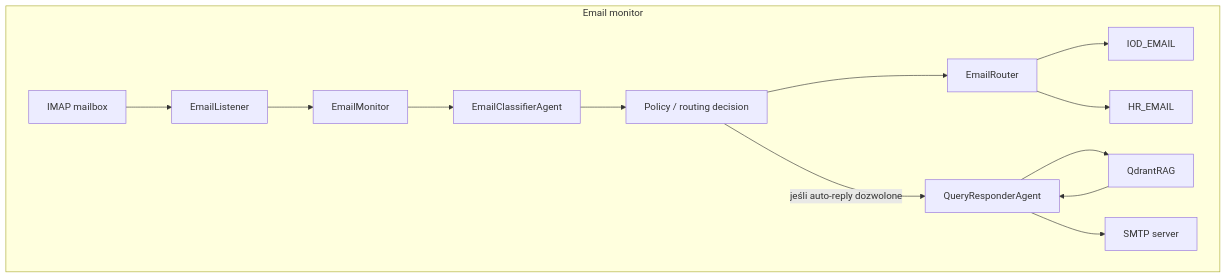
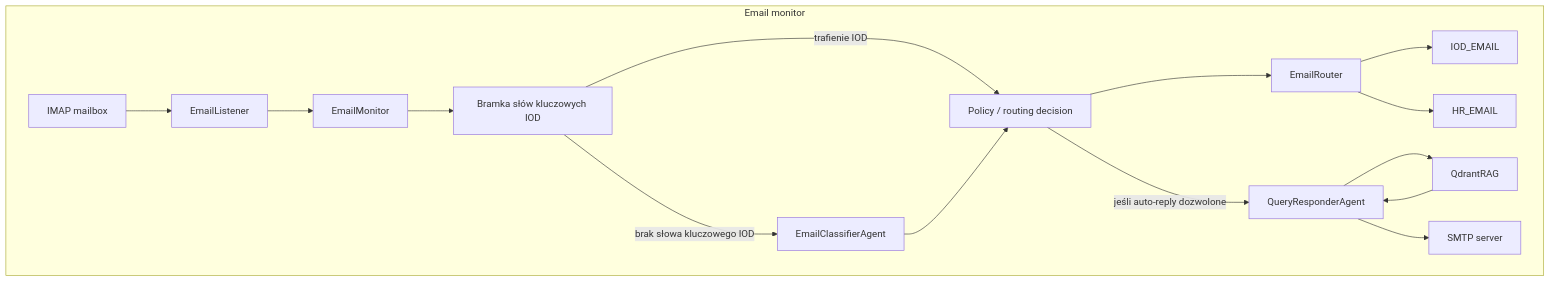
Before and after one commit to Adam-Palacz/hr-ai-agent-design: the second of 2 diagrams in docs/ARCHITECTURE_PL.md, drawn with Mermaid. The commit also changed 3 other files, not shown here.

````diff
--- a/docs/ARCHITECTURE_PL.md
+++ b/docs/ARCHITECTURE_PL.md
@@ -201,23 +201,26 @@
 ```mermaid
 flowchart TB
     subgraph Monitor[Email monitor]
         EMon[EmailMonitor]
         EListen[EmailListener]
+        KGate[Bramka słów kluczowych IOD]
         EClass[EmailClassifierAgent]
         Policy[Policy / routing decision]
         ERouter[EmailRouter]
         QR[QueryResponderAgent]
         RAG[QdrantRAG]
         Mail[IMAP mailbox] --> EListen
         EListen --> EMon
-        EMon --> EClass
+        EMon --> KGate
+        KGate -->|trafienie IOD| Policy
+        KGate -->|brak słowa kluczowego IOD| EClass
         EClass --> Policy
         Policy --> ERouter
         ERouter --> IODBox[IOD_EMAIL]
         ERouter --> HRBox[HR_EMAIL]
         Policy -->|jeśli auto-reply dozwolone| QR
         QR --> RAG
         RAG --> QR
         QR --> MailOut[SMTP server]
     end
 ```
````
